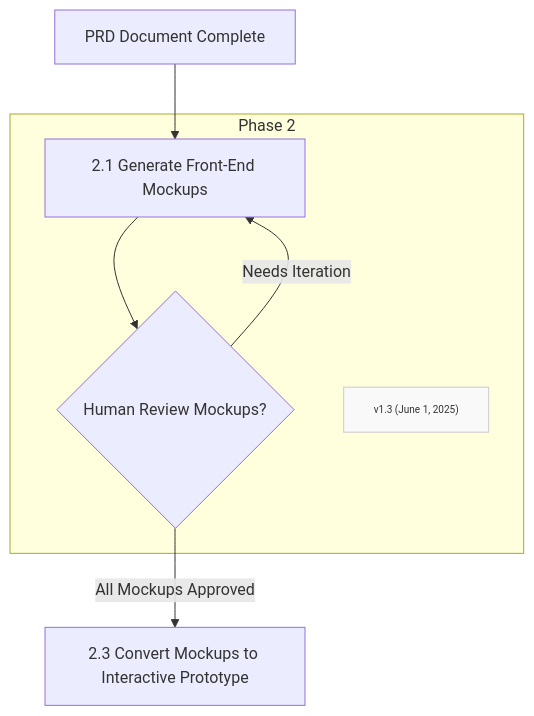
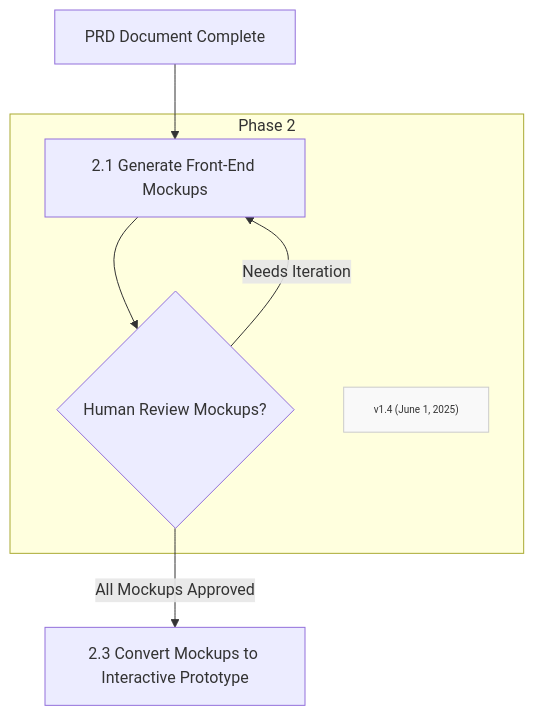
Before and after one commit to Mharbulous/Front-First-Method: the diagram in Method/FF-phase2.md, drawn with Mermaid. The commit also changed 3 other files, not shown here.

Commit message:
Updated diagrams up to phase 4

````diff
--- a/Method/FF-phase2.md
+++ b/Method/FF-phase2.md
@@ -3,15 +3,15 @@
 ```mermaid
 graph TD
     
     B1["PRD Document Complete"] --> B2["2.1 Generate Front-End Mockups"]    
     subgraph Phase2["Phase 2"]
         B2 --> B2_Val{"Human Review Mockups?"}
         B2_Val -->|Needs Iteration| B2
-        Version["v1.3 (June 1, 2025)"]
+        Version["v1.4 (June 1, 2025)"]
         classDef version fill:#f9f9f9,stroke:#ccc,font-size:10px
         class Version version
     end
 B2_Val -->|All Mockups Approved| B3["2.3 Convert Mockups to Interactive Prototype"]
 
 
 ```
````
